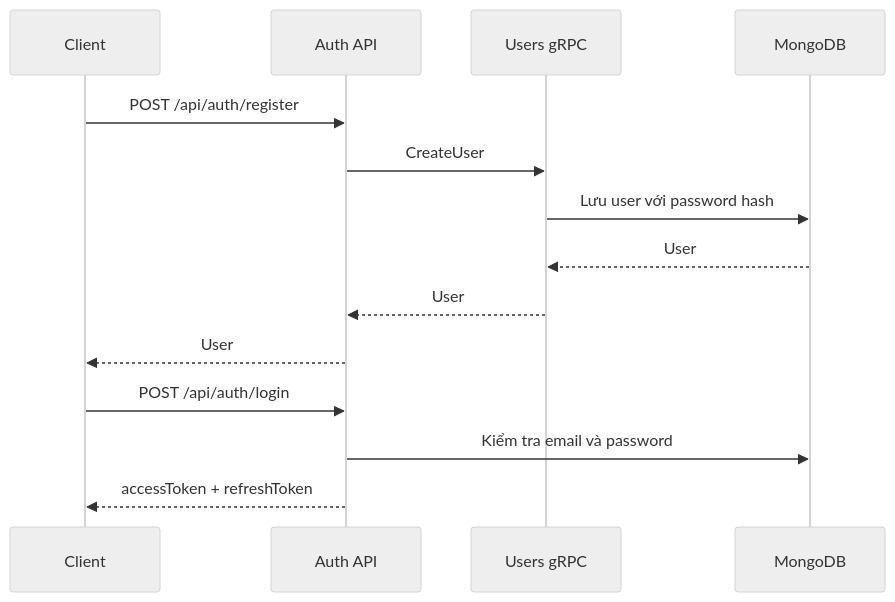
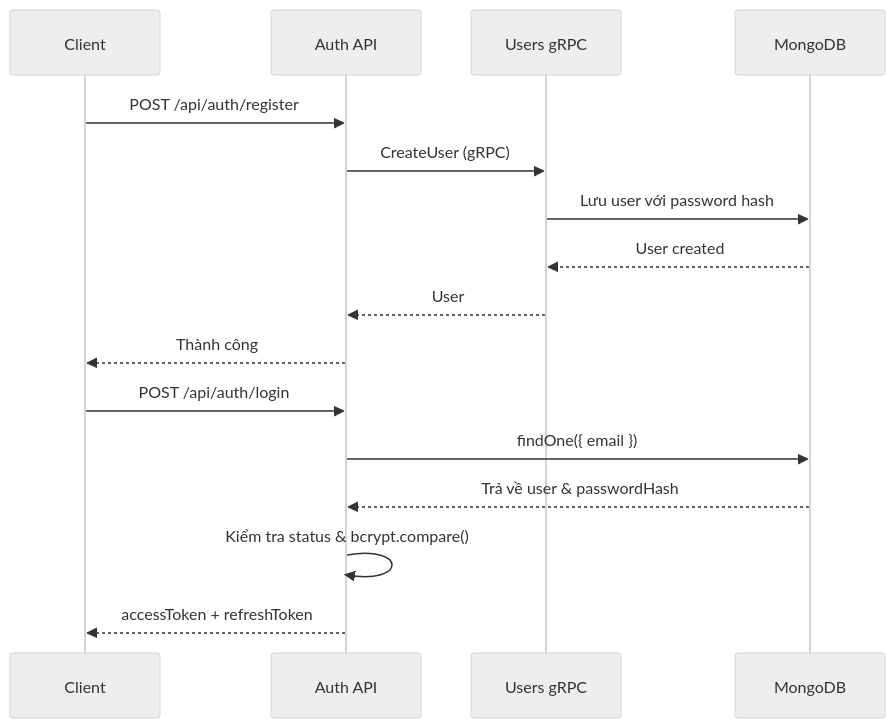
The second of 3 diagrams in README.md (minhtienha/chat-file-sharing), drawn with Mermaid (neutral theme) before and after one commit. The commit also changed other lines of this file, not shown here.

Commit message:
docs(readme): update system architecture and local setup guide

````diff
--- a/README.md
+++ b/README.md
@@ -70,17 +79,20 @@
 ```mermaid
 sequenceDiagram
     participant Client
     participant Auth as Auth API
     participant Users as Users gRPC
     participant DB as MongoDB
 
     Client->>Auth: POST /api/auth/register
-    Auth->>Users: CreateUser
+    Auth->>Users: CreateUser (gRPC)
     Users->>DB: Lưu user với password hash
-    DB-->>Users: User
+    DB-->>Users: User created
     Users-->>Auth: User
-    Auth-->>Client: User
+    Auth-->>Client: Thành công
+
     Client->>Auth: POST /api/auth/login
-    Auth->>DB: Kiểm tra email và password
+    Auth->>DB: findOne({ email })
+    DB-->>Auth: Trả về user & passwordHash
+    Auth->>Auth: Kiểm tra status & bcrypt.compare()
     Auth-->>Client: accessToken + refreshToken
 ```
````
